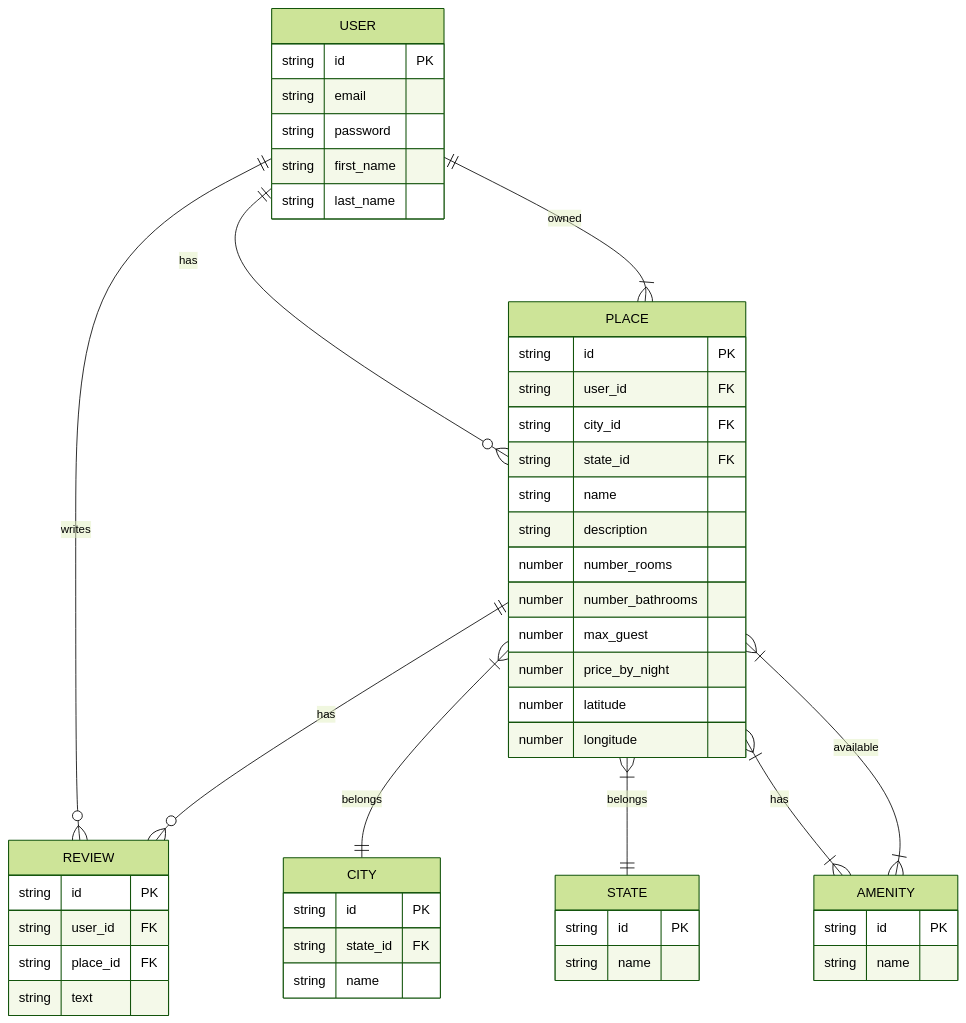
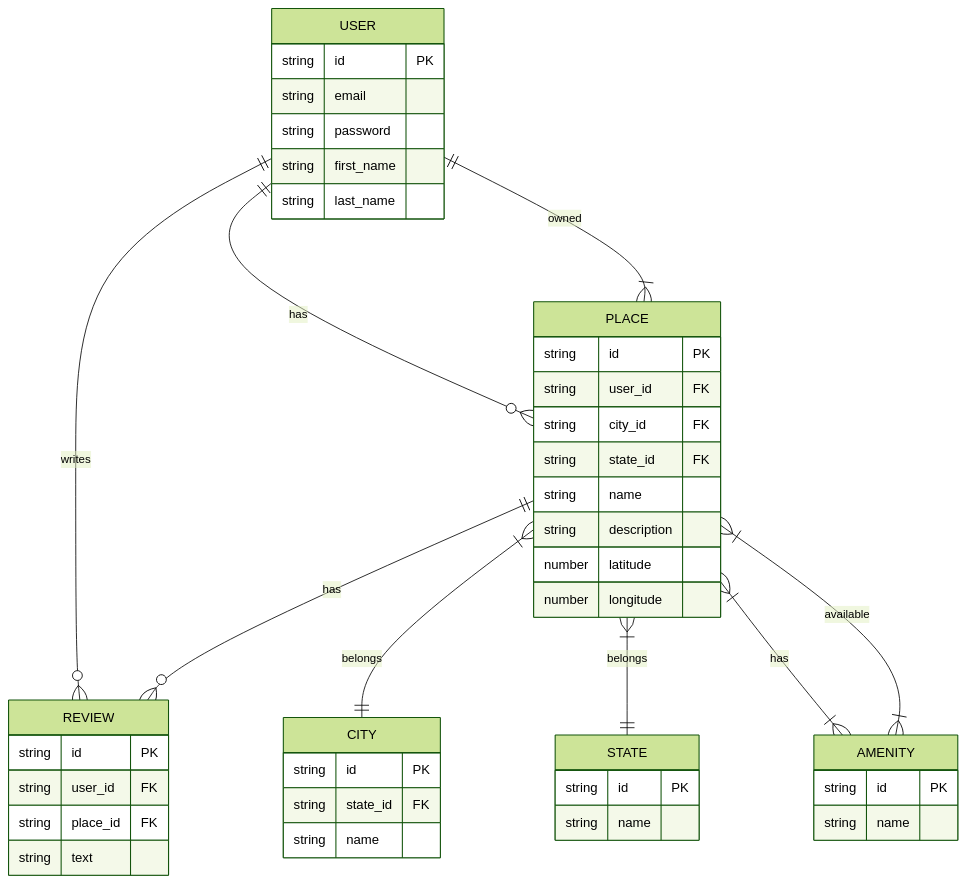
Before and after one commit to smessaoui31/holbertonschool-hbnb: the diagram in part3/README.md, drawn with Mermaid (forest theme). The commit also changed 1 other file, not shown here.

Commit message:
Update diagrams on readme and erdiagrmans.md

````diff
--- a/part3/README.md
+++ b/part3/README.md
@@ -51,58 +51,54 @@
 ```mermaid
 erDiagram
     USER ||--o{ PLACE : "has"
     USER ||--o{ REVIEW : "writes"
     PLACE ||--o{ REVIEW : "has"
     PLACE }|--|| CITY : "belongs"
     PLACE }|--|| STATE : "belongs"
     PLACE }|--|| USER : "owned"
     PLACE }|--|{ AMENITY : "has"
     AMENITY }|--|{ PLACE : "available"
 
     USER {
         string id PK
         string email
         string password
         string first_name
         string last_name
     }
 
     PLACE {
         string id PK
         string user_id FK
         string city_id FK
         string state_id FK
         string name
         string description
-        number number_rooms
-        number number_bathrooms
-        number max_guest
-        number price_by_night
         number latitude
         number longitude
     }
 
     REVIEW {
         string id PK
         string user_id FK
         string place_id FK
         string text
     }
 
     CITY {
         string id PK
         string state_id FK
         string name
     }
 
     STATE {
         string id PK
         string name
     }
 
     AMENITY {
         string id PK
         string name
     }
     
 ```
````
